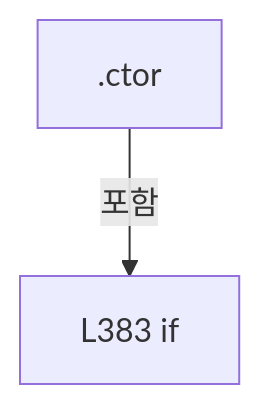
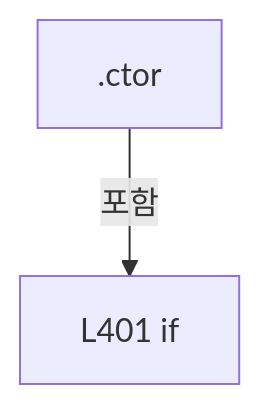
Diagram 17 of 22 in A3 LD Code Ref/files/Drilling.Common/Correction/CAlignInterpolation.cs.md (kjuws10-rgb/Shared), drawn with Mermaid before and after one commit. The commit also changed other lines of this file and 2071 other files, not shown here.

Commit message:
docs(a3): update 11.19.0 architecture and code reference

````diff
--- a/A3 LD Code Ref/files/Drilling.Common/Correction/CAlignInterpolation.cs.md
+++ b/A3 LD Code Ref/files/Drilling.Common/Correction/CAlignInterpolation.cs.md
@@ -3164,6 +3257,6 @@
 ```mermaid
 flowchart TD
  M[".ctor"]
- N0["L383 if"]
+ N0["L401 if"]
  M -->|포함| N0
 ```
````
